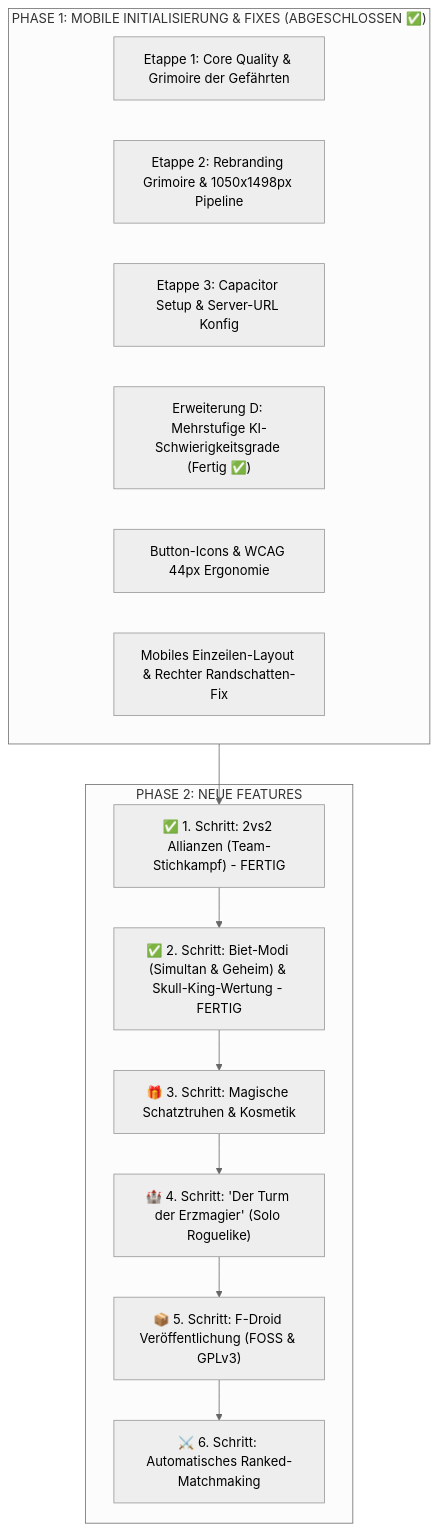
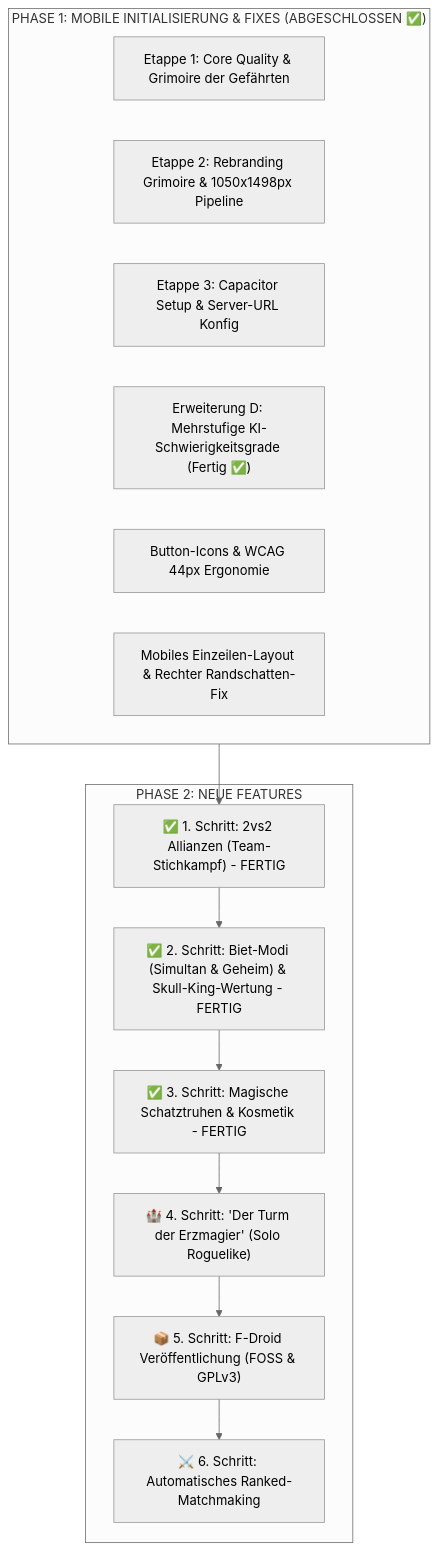
The diagram in ROADMAP.md (Apfeltaeschchen/wizard-game), drawn with Mermaid (neutral theme) before and after one commit. The commit also changed other lines of this file and 31 other files, not shown here.

First line of the commit message:
feat: Etappe 6 (Schatztruhen & Kosmetik-Progression), POTG-Highlight, MVP-Voting & Self-Healing DB-Fallback

````diff
--- a/ROADMAP.md
+++ b/ROADMAP.md
@@ -54,22 +55,22 @@
 ```mermaid
 flowchart TD
     subgraph P1["PHASE 1: MOBILE INITIALISIERUNG & FIXES (ABGESCHLOSSEN ✅)"]
         E3_1["Etappe 1: Core Quality & Grimoire der Gefährten"]
         E3_2["Etappe 2: Rebranding Grimoire & 1050x1498px Pipeline"]
         E3_3["Etappe 3: Capacitor Setup & Server-URL Konfig"]
         S2D["Erweiterung D: Mehrstufige KI-Schwierigkeitsgrade (Fertig ✅)"]
         P_ICONS["Button-Icons & WCAG 44px Ergonomie"]
         P_MOB["Mobiles Einzeilen-Layout & Rechter Randschatten-Fix"]
     end
 
     subgraph P2["PHASE 2: NEUE FEATURES"]
         S_2V2["✅ 1. Schritt: 2vs2 Allianzen (Team-Stichkampf) - FERTIG"]
         S_BID["✅ 2. Schritt: Biet-Modi (Simultan & Geheim) & Skull-King-Wertung - FERTIG"]
-        S_LOOT["🎁 3. Schritt: Magische Schatztruhen & Kosmetik"]
+        S_LOOT["✅ 3. Schritt: Magische Schatztruhen & Kosmetik - FERTIG"]
         S_TOWER["🏰 4. Schritt: 'Der Turm der Erzmagier' (Solo Roguelike)"]
         S_FDROID["📦 5. Schritt: F-Droid Veröffentlichung (FOSS & GPLv3)"]
         S_RANKED["⚔️ 6. Schritt: Automatisches Ranked-Matchmaking"]
     end
 
     P1 --> S_2V2 --> S_BID --> S_LOOT --> S_TOWER --> S_FDROID --> S_RANKED
 ```
````
